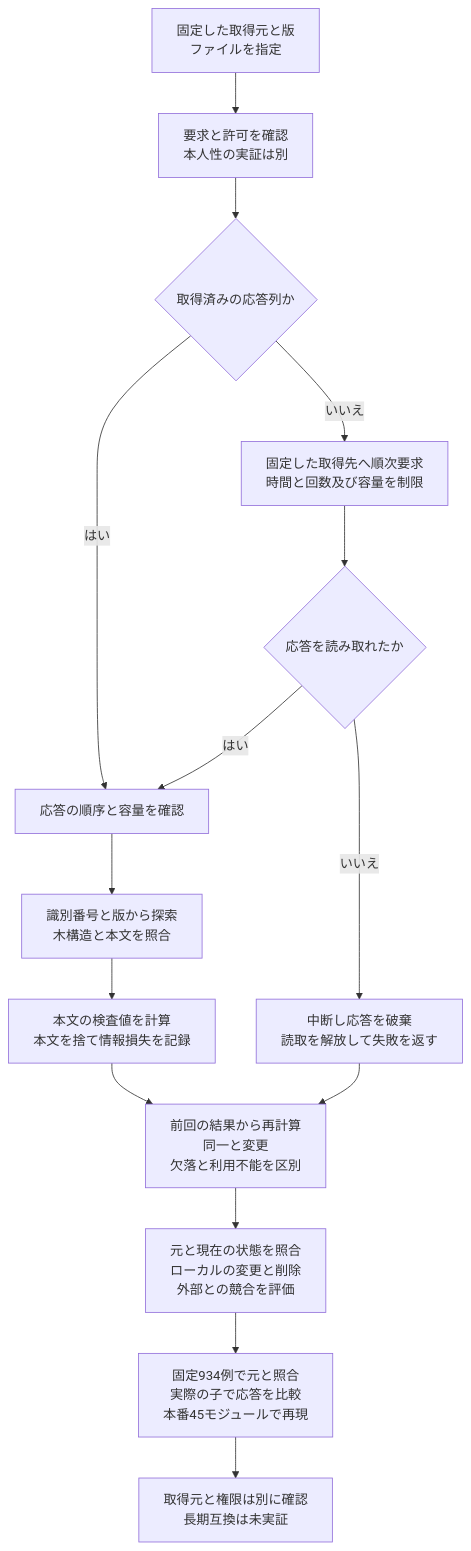
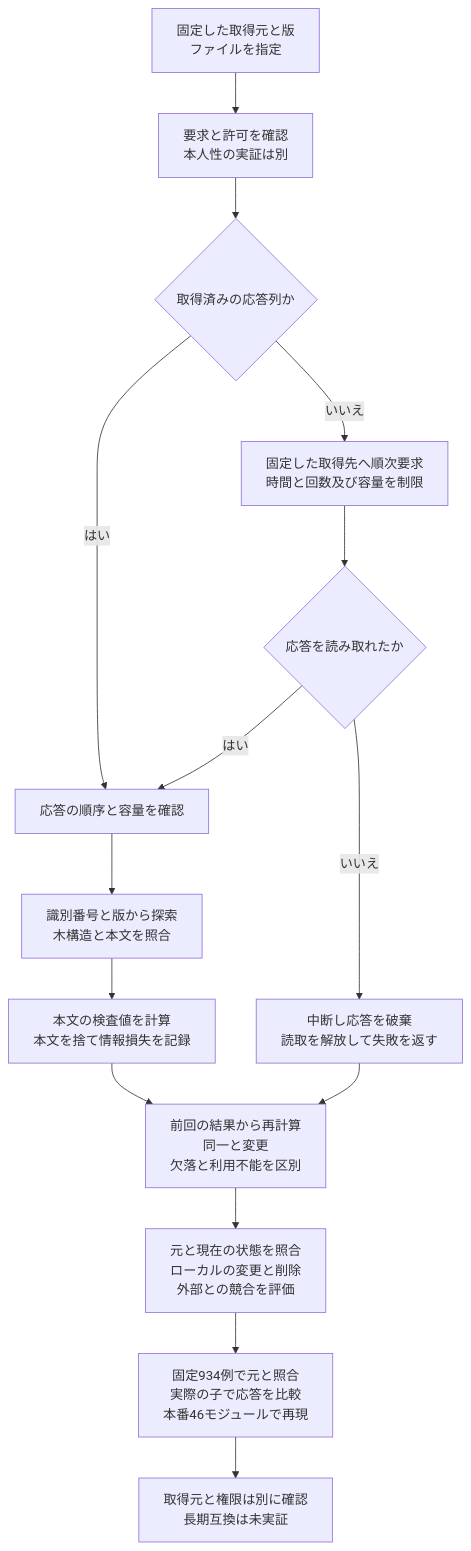
The diagram in docs/diagrams/python-github-import.mmd (koukemo/morivyx), drawn with Mermaid before and after one commit. The commit also changed 44 other files, not shown here.

```diff
--- a/docs/diagrams/python-github-import.mmd
+++ b/docs/diagrams/python-github-import.mmd
@@ -1,15 +1,15 @@
 flowchart TD
   A[固定した取得元と版<br/>ファイルを指定] --> B[要求と許可を確認<br/>本人性の実証は別]
   B --> C{取得済みの応答列か}
   C -->|はい| D[応答の順序と容量を確認]
   C -->|いいえ| E[固定した取得先へ順次要求<br/>時間と回数及び容量を制限]
   E --> F{応答を読み取れたか}
   F -->|はい| D
   F -->|いいえ| G[中断し応答を破棄<br/>読取を解放して失敗を返す]
   D --> H[識別番号と版から探索<br/>木構造と本文を照合]
   H --> I[本文の検査値を計算<br/>本文を捨て情報損失を記録]
   I --> J[前回の結果から再計算<br/>同一と変更<br/>欠落と利用不能を区別]
   G --> J
   J --> K[元と現在の状態を照合<br/>ローカルの変更と削除<br/>外部との競合を評価]
-  K --> L[固定934例で元と照合<br/>実際の子で応答を比較<br/>本番45モジュールで再現]
+  K --> L[固定934例で元と照合<br/>実際の子で応答を比較<br/>本番46モジュールで再現]
   L --> M[取得元と権限は別に確認<br/>長期互換は未実証]
```
